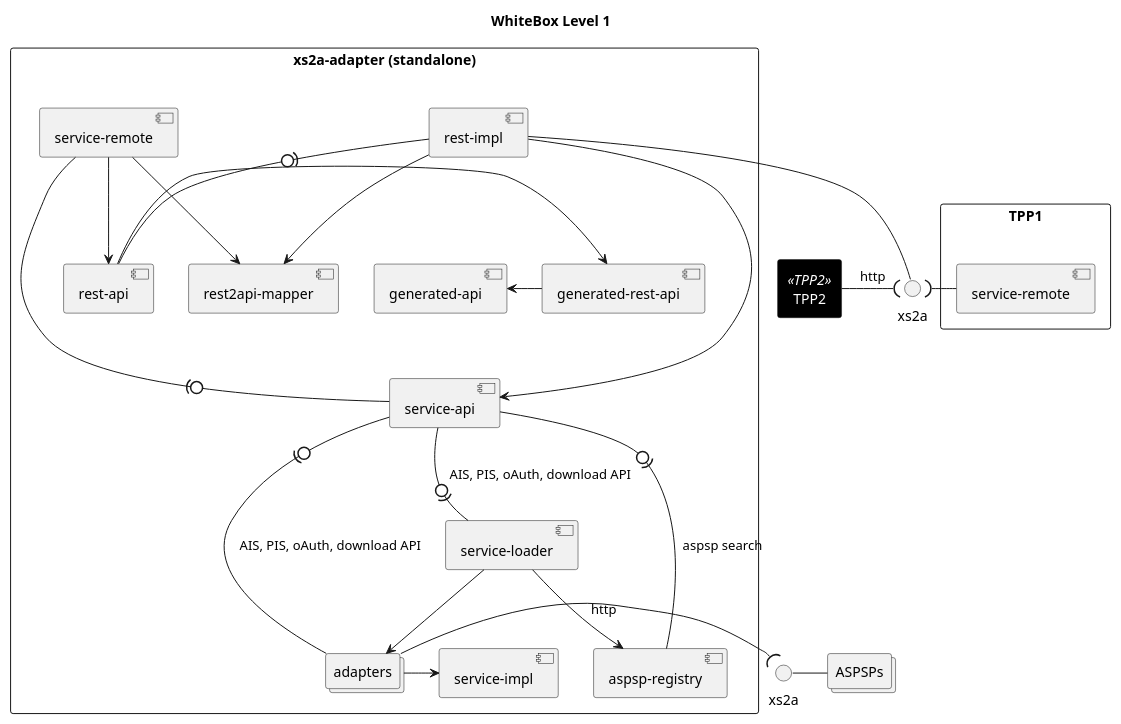
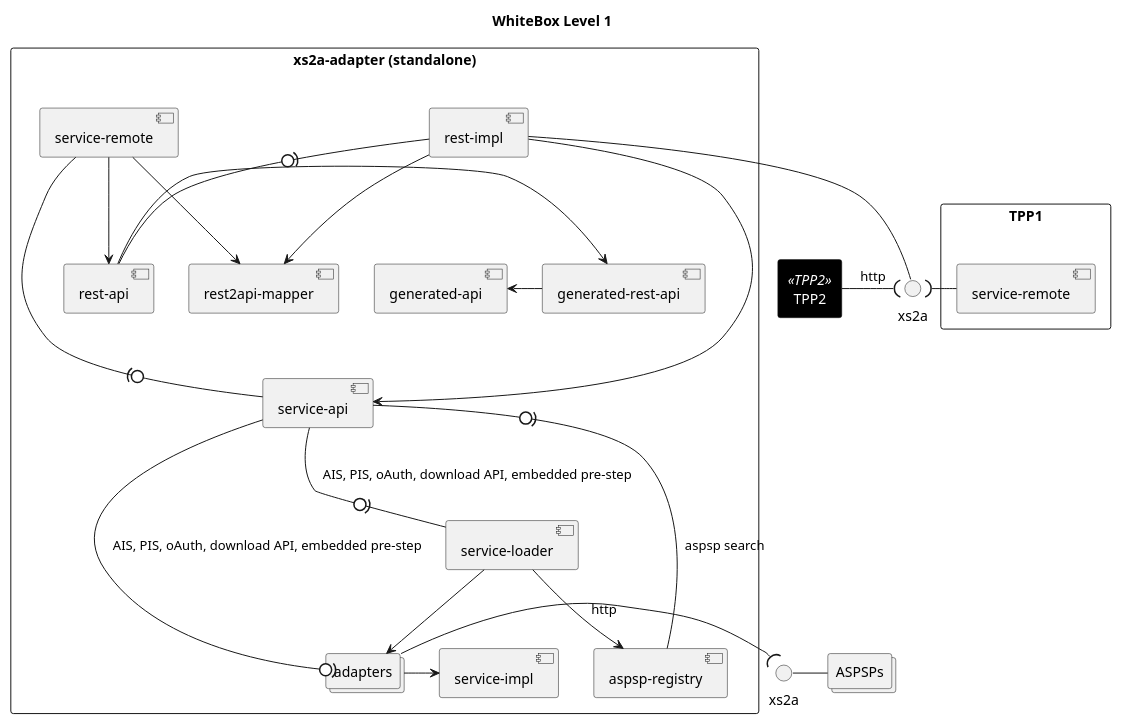
The diagram in docs/arc42/puml/whitebox_lv1_stanalone.puml (adorsys/xs2a-adapter), drawn with PlantUML before and after one commit. The commit also changed 2 other files, not shown here.

```diff
--- a/docs/arc42/puml/whitebox_lv1_stanalone.puml
+++ b/docs/arc42/puml/whitebox_lv1_stanalone.puml
@@ -1,60 +1,60 @@
 @startuml
 skinparam rectangle<<TPP2>> {
     BackgroundColor black
     FontColor white
 }
 
 title WhiteBox Level 1
 
 rectangle tpp1 as "TPP1" {
     component tsr as "service-remote"
 }
 
 rectangle tpp2 <<TPP2>> as "TPP2"
 
 collections banks as "ASPSPs"
 
 interface "xs2a" as ahttp
 
 interface "xs2a" as bhttp
 
 rectangle "xs2a-adapter (standalone)" {
     component sr as "service-remote"
 	component ar as "aspsp-registry"
 	component gra as "generated-rest-api"
 	component ga as "generated-api"
 	component r2am as "rest2api-mapper"
 	component ra as "rest-api"
 	component ri as "rest-impl"
 	component sa as "service-api"
 	component si as "service-impl"
 	component sl as "service-loader"
 
 	collections ba as "adapters"
 }
 
 	sl --> ar
 '	ra -> ar
 	sl --> ba
-	sa -0)- sl: AIS, PIS, oAuth, download API
+	sa -0)- sl: AIS, PIS, oAuth, download API, embedded pre-step
 	'ra --> sa
 	gra <- ra
 	ga <- gra
 	ri --> r2am
 	ri -(0- ra
 	ri -> sa
 	sr --> r2am
 	ba -> si
-	ba -(0- sa: AIS, PIS, oAuth, download API
+	ba -(0- sa: AIS, PIS, oAuth, download API, embedded pre-step
 	ri --() ahttp
 	tpp2 -( ahttp: http
     tsr -( ahttp
 	sr --(0- sa
 	sr --> ra
 	ar -(0-sa: aspsp search
 
 '	banks --()
 	bhttp -right-() banks
 	ba -( bhttp: http
 
 @enduml
```
